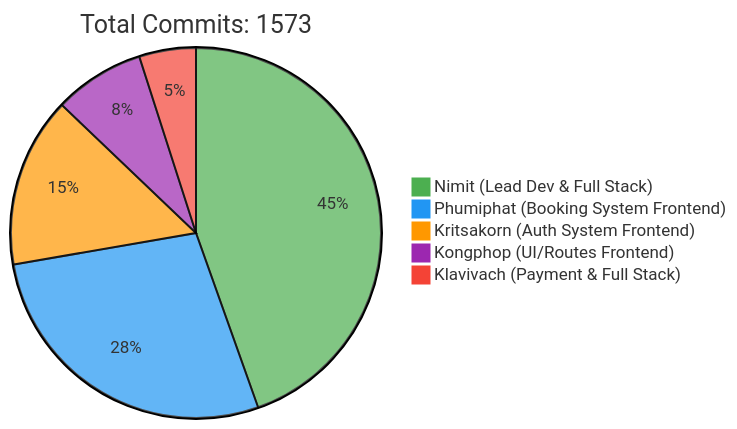
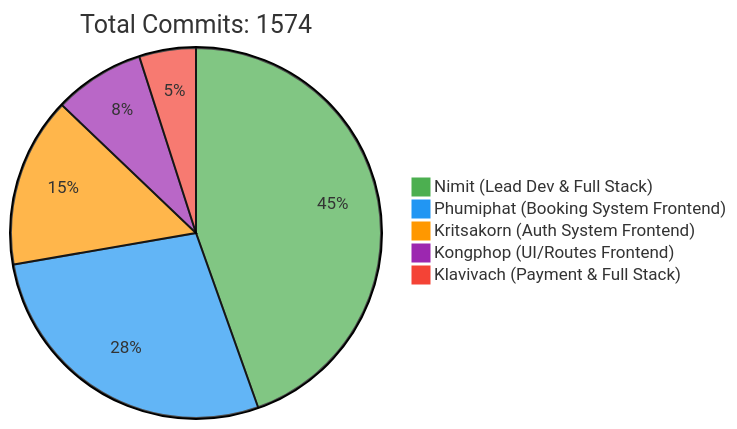
The first of 2 diagrams in README.md (6531503042/Sport-Complex), drawn with Mermaid before and after one commit. The commit also changed other lines of this file, not shown here.

Commit message:
docs: Update contributor statistics [skip ci]

````diff
--- a/README.md
+++ b/README.md
@@ -257,10 +257,10 @@
 ```mermaid
 %%{init: {'theme': 'base', 'themeVariables': { 'pie1': '#4CAF50', 'pie2': '#2196F3', 'pie3': '#FF9800', 'pie4': '#9C27B0', 'pie5': '#F44336'}}}%%
 pie
-    title Total Commits: 1573
+    title Total Commits: 1574
     "Nimit (Lead Dev & Full Stack)" : 450
     "Phumiphat (Booking System Frontend)" : 280
     "Kritsakorn (Auth System Frontend)" : 150
     "Kongphop (UI/Routes Frontend)" : 80
     "Klavivach (Payment & Full Stack)" : 50
 ```
````
